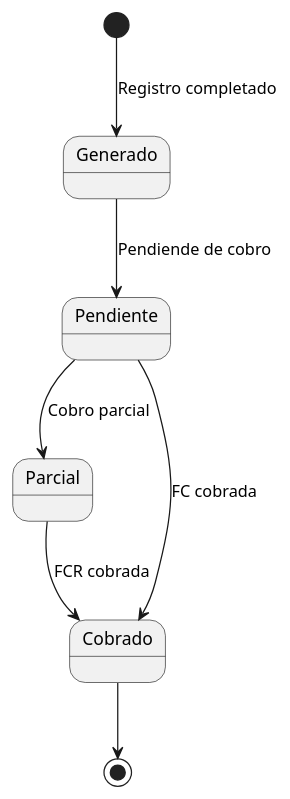
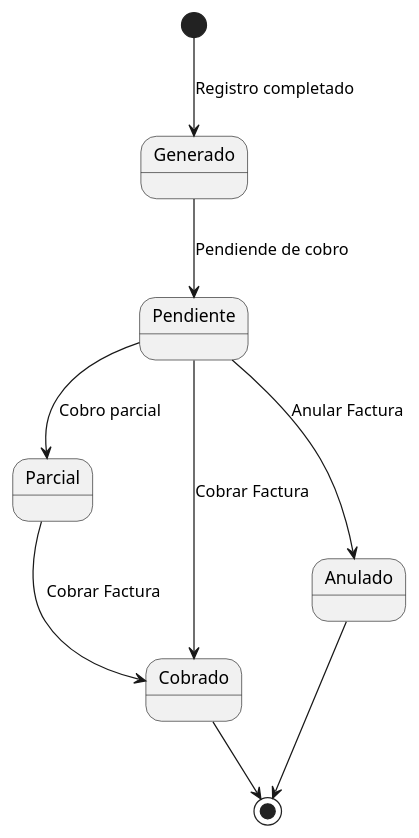
Before and after one commit to marcelolezcanodev/GarageGuru: the diagram in Diagramas/estado-Factura.plantuml, drawn with PlantUML. The commit also changed 7 other files, not shown here.

Commit message:
Agregar diagramas de estado y secuencias

```diff
--- a/Diagramas/estado-Factura.plantuml
+++ b/Diagramas/estado-Factura.plantuml
@@ -1,8 +1,10 @@
-@startuml
+@startuml estado-Factura
 [*] --> Generado : Registro completado
 Generado --> Pendiente : Pendiende de cobro
 Pendiente --> Parcial : Cobro parcial
-Pendiente --> Cobrado: FC cobrada
-Parcial --> Cobrado: FCR cobrada
+Pendiente --> Anulado : Anular Factura
+Pendiente --> Cobrado: Cobrar Factura
+Parcial --> Cobrado: Cobrar Factura
 Cobrado -->[*]
+Anulado -->[*]
 @enduml
```
